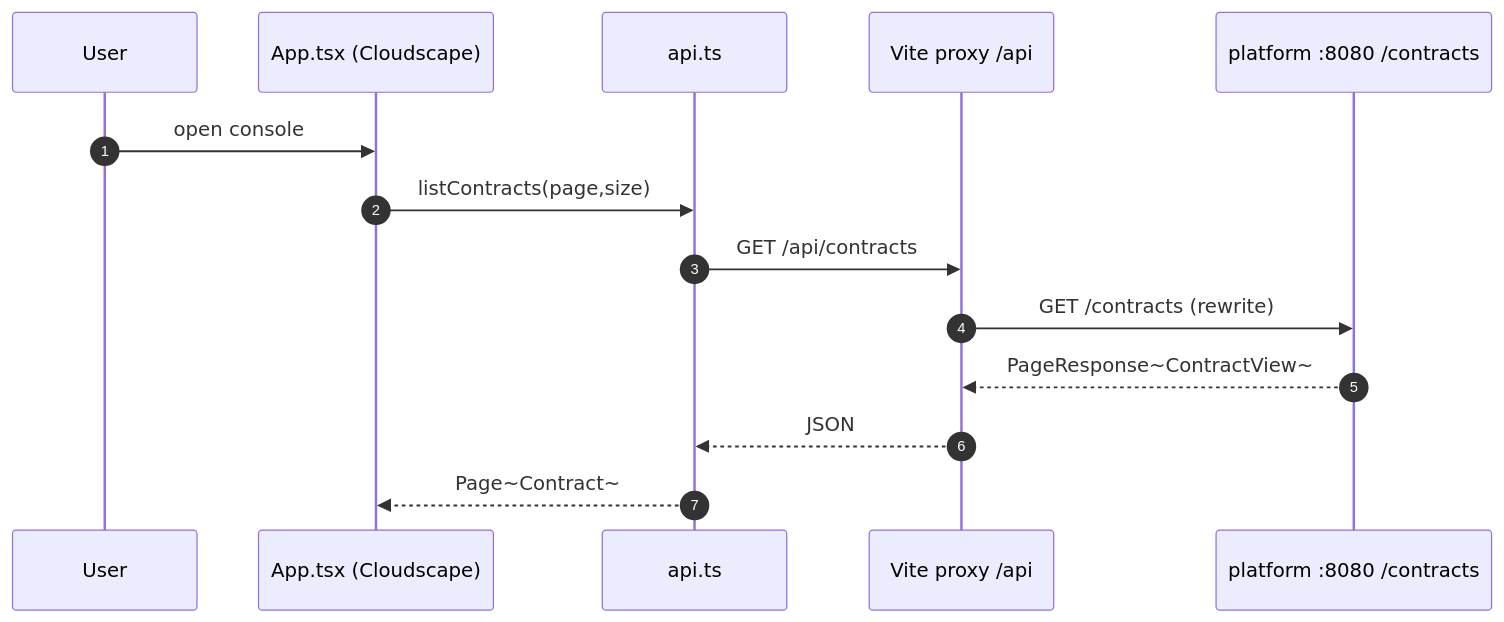
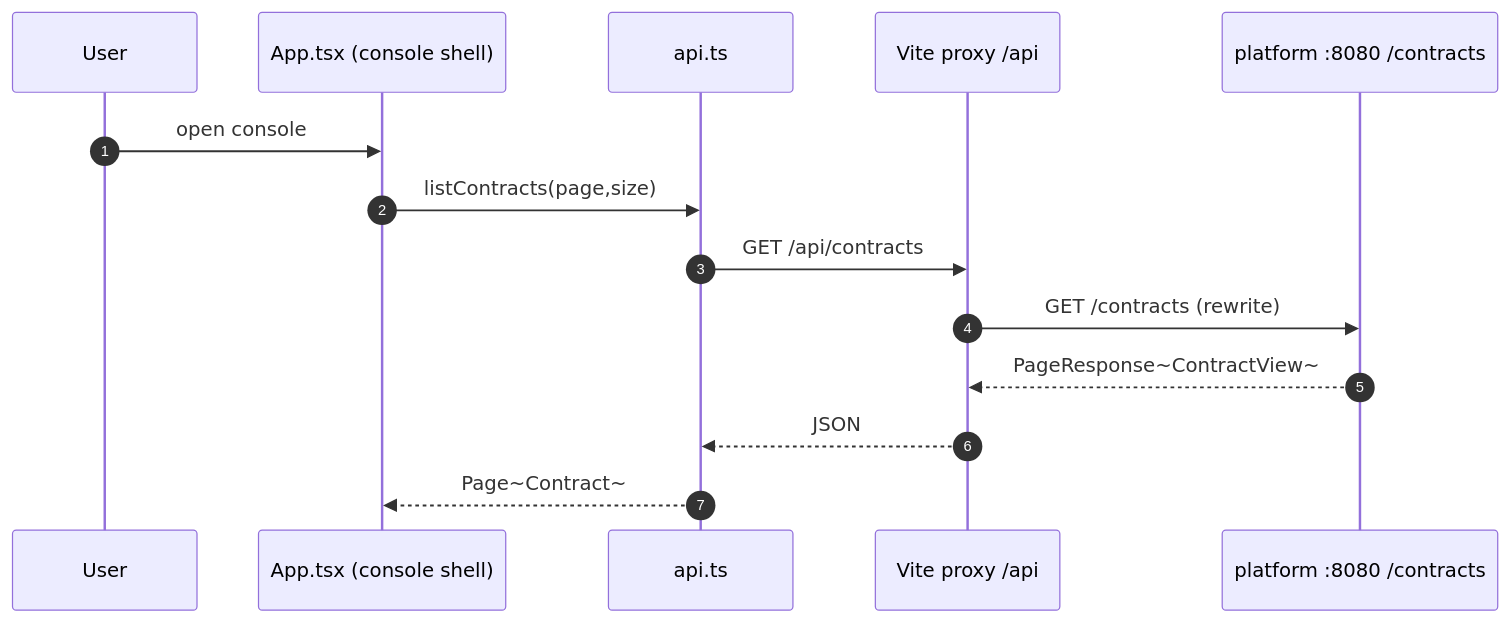
Diagram 26 of 36 in docs/diagrams/uml_diagrams.md (arun246/symmetry), drawn with Mermaid before and after one commit. The commit also changed other lines of this file and 81 other files, not shown here.

````diff
--- a/docs/diagrams/uml_diagrams.md
+++ b/docs/diagrams/uml_diagrams.md
@@ -805,16 +806,16 @@
 ```mermaid
 sequenceDiagram
     autonumber
     participant U as User
-    participant App as App.tsx (Cloudscape)
+    participant App as App.tsx (console shell)
     participant API as api.ts
     participant Vite as Vite proxy /api
     participant Plat as platform :8080 /contracts
     U->>App: open console
     App->>API: listContracts(page,size)
     API->>Vite: GET /api/contracts
     Vite->>Plat: GET /contracts (rewrite)
     Plat-->>Vite: PageResponse~ContractView~
     Vite-->>API: JSON
     API-->>App: Page~Contract~
 ```
````
